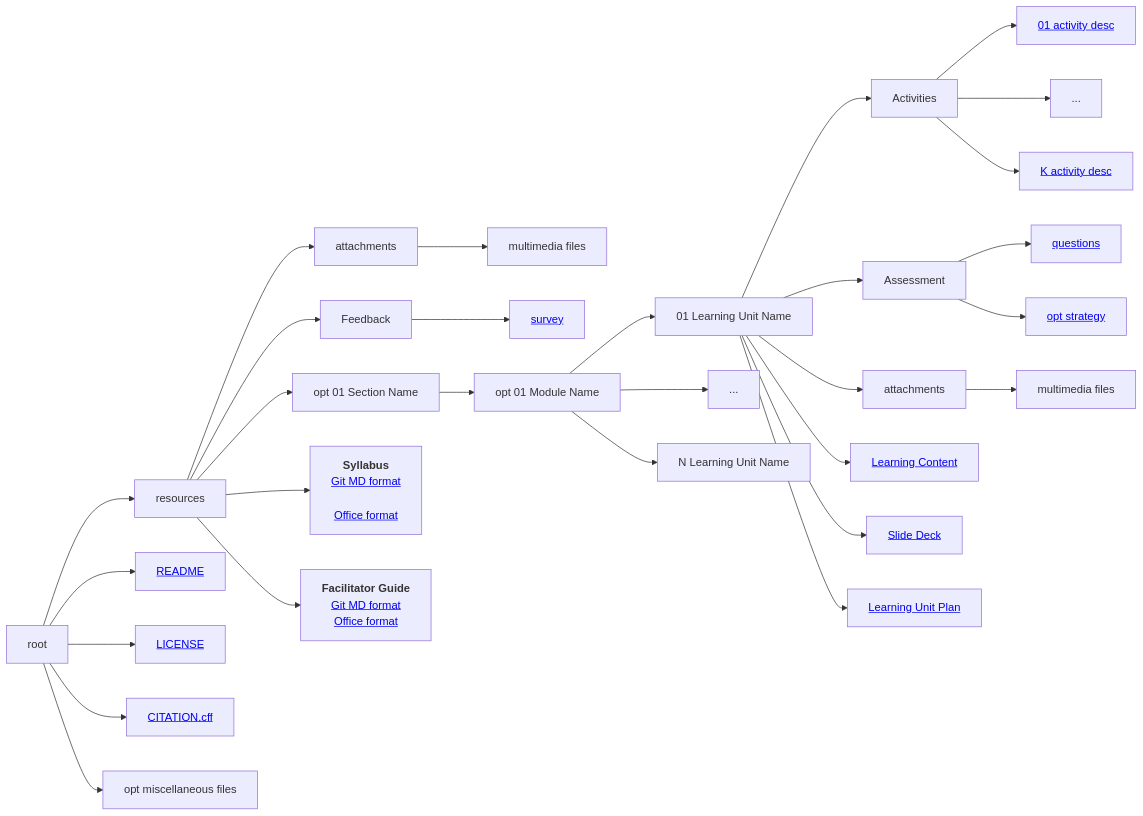
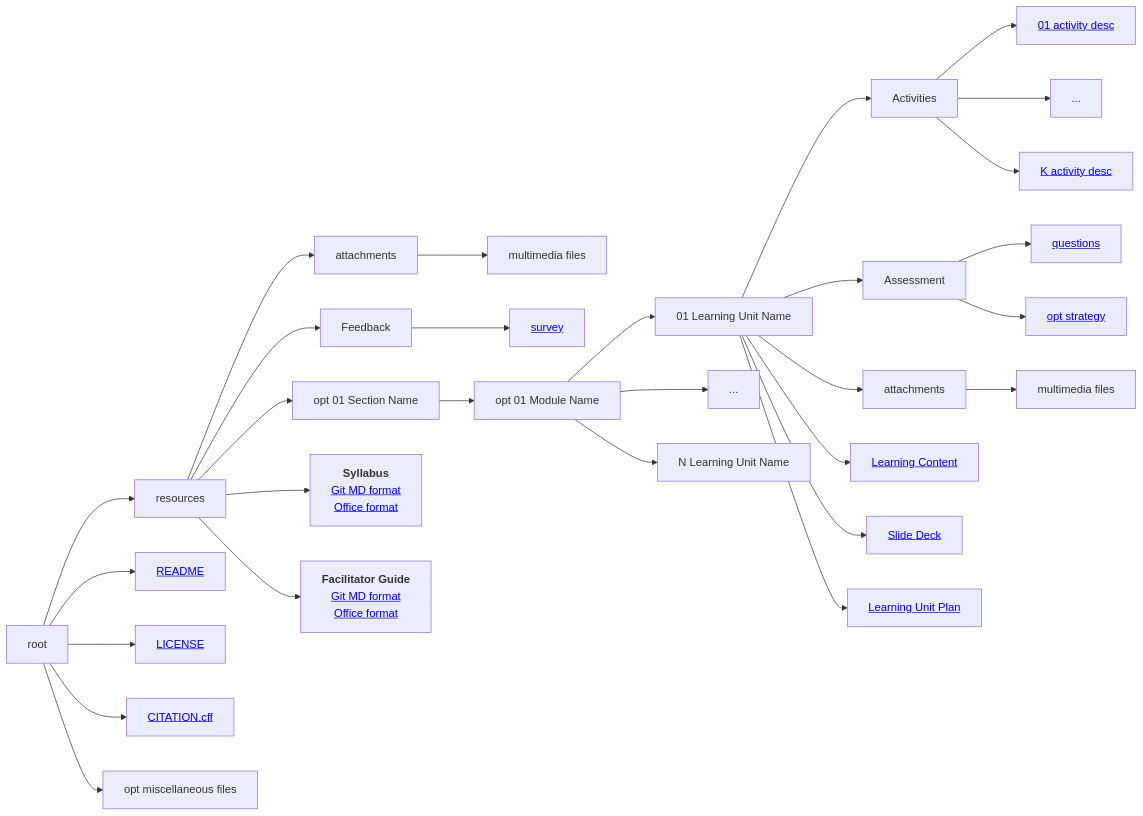
One commit to FAIR-by-Design-Methodology/microlearning changed the diagram in resources/03 Design/design.md. Above: the diagram before and after it, drawn with Mermaid.

````diff
--- a/resources/03 Design/design.md
+++ b/resources/03 Design/design.md
@@ -55,37 +55,37 @@
 ``` mermaid
 graph LR
   r[root] --> res;
   r --> rm[<a href='https://www.makeareadme.com/'>README</a>];
   r --> l[<a href='https://creativecommons.org/licenses/by/4.0/legalcode.txt'>LICENSE</a>];
   r --> c[<a href='https://citation-file-format.github.io/'>CITATION.cff</a>];
   r --> misc[opt miscellaneous files];
 
   res[resources] --> att[attachments];
   att --> mf[multimedia files];
   res --> f[Feedback];
   f --> fq[<a href='https://github.com/FAIR-by-Design-Methodology/templates/blob/main/resources/Feedback/training_feedback_template.md'>survey</a>];
   res --> s1[opt 01 Section Name];
-  res --> s[<b>Syllabus</b><br><a href='https://github.com/FAIR-by-Design-Methodology/templates/blob/main/resources/syllabus.md'>Git MD format</a><br><br><a href='https://github.com/FAIR-by-Design-Methodology/microlearning/blob/main/resources/attachments/Root/syllabus.docx'>Office format</a>];
+  res --> s[<b>Syllabus</b><br><a href='https://github.com/FAIR-by-Design-Methodology/templates/blob/main/resources/syllabus.md'>Git MD format</a><br><a href='https://github.com/FAIR-by-Design-Methodology/microlearning/blob/main/resources/attachments/Root/syllabus.docx'>Office format</a>];
   res --> fg[<b>Facilitator Guide</b> <br> <a href='https://github.com/FAIR-by-Design-Methodology/templates/blob/main/resources/template_facilitator_guide.md'>Git MD format</a><br><a href='https://github.com/FAIR-by-Design-Methodology/microlearning/blob/main/resources/attachments/Root/Training%20Facilitator%20Guide.docx'>Office format</a>];
 
   s1 --> m1[opt 01 Module Name];
   m1 --> lu1[01 Learning Unit Name];
   m1 --> lux[...];
   m1 --> luN[N Learning Unit Name];
 
   lu1 --> act[Activities];
   lu1 --> ass[Assessment];
   lu1 --> at[attachments];
   at --> mff[multimedia files];
   lu1 --> lc[<a href='https://github.com/FAIR-by-Design-Methodology/templates/blob/main/resources/Learning%20Unit/template_content.md'>Learning Content</a>];
   lu1 --> sd[<a href='https://github.com/FAIR-by-Design-Methodology/templates/blob/main/resources/Learning%20Unit/Learning_unit_content.pptx'>Slide Deck</a>];
   lu1 --> lp[<a href='https://github.com/FAIR-by-Design-Methodology/templates/blob/main/resources/Learning%20Unit/template_unit_lesson_plan.md'>Learning Unit Plan</a>];
 
   act --> a1[<a href='https://github.com/FAIR-by-Design-Methodology/templates/blob/main/resources/Learning%20Unit/Activities/activity_details_template.md'>01 activity desc</a>];
   act --> ax[...];
   act --> aK[<a href='https://github.com/FAIR-by-Design-Methodology/templates/blob/main/resources/Learning%20Unit/Activities/activity_details_template.md'>K activity desc</a>];
 
   ass --> qb[<a href='https://github.com/FAIR-by-Design-Methodology/templates/blob/main/resources/Learning%20Unit/Assessment/assessment_template.md'>questions</a>];
   ass --> st[<a href='https://github.com/FAIR-by-Design-Methodology/templates/blob/main/resources/Learning%20Unit/Assessment/assessment_template.md'>opt strategy</a>];
 
 ```
````
